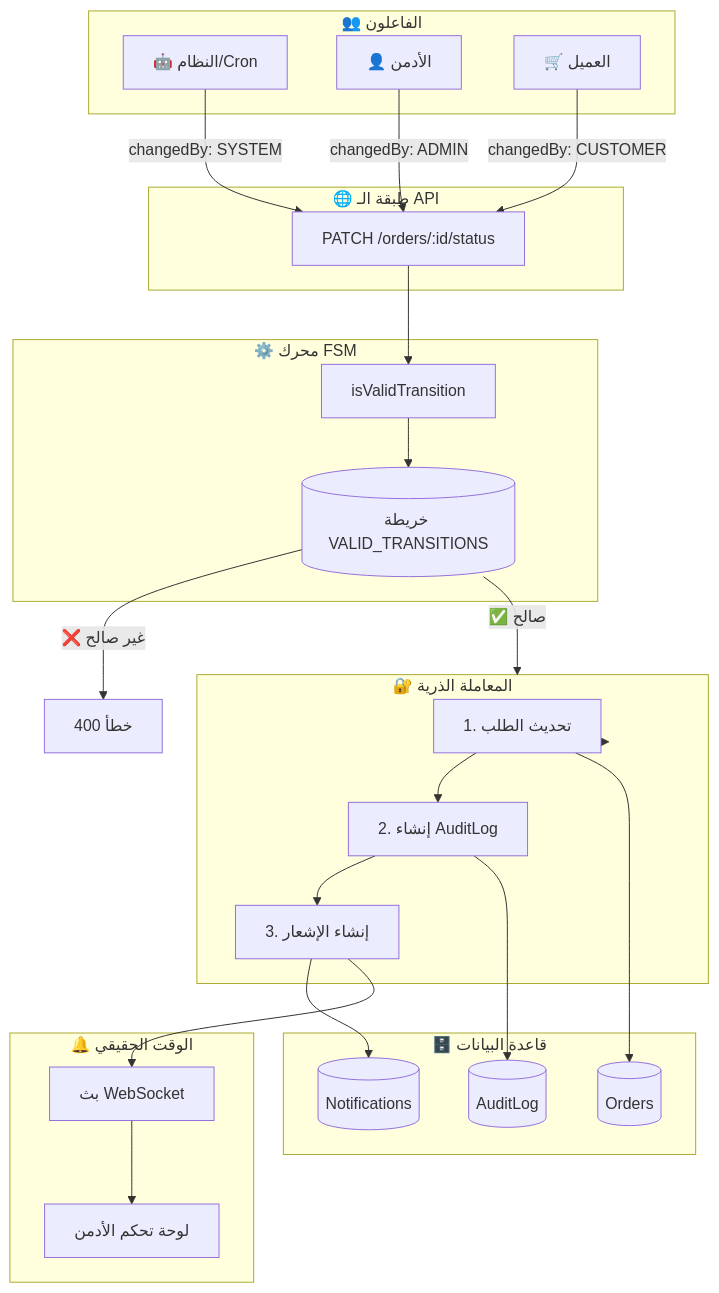
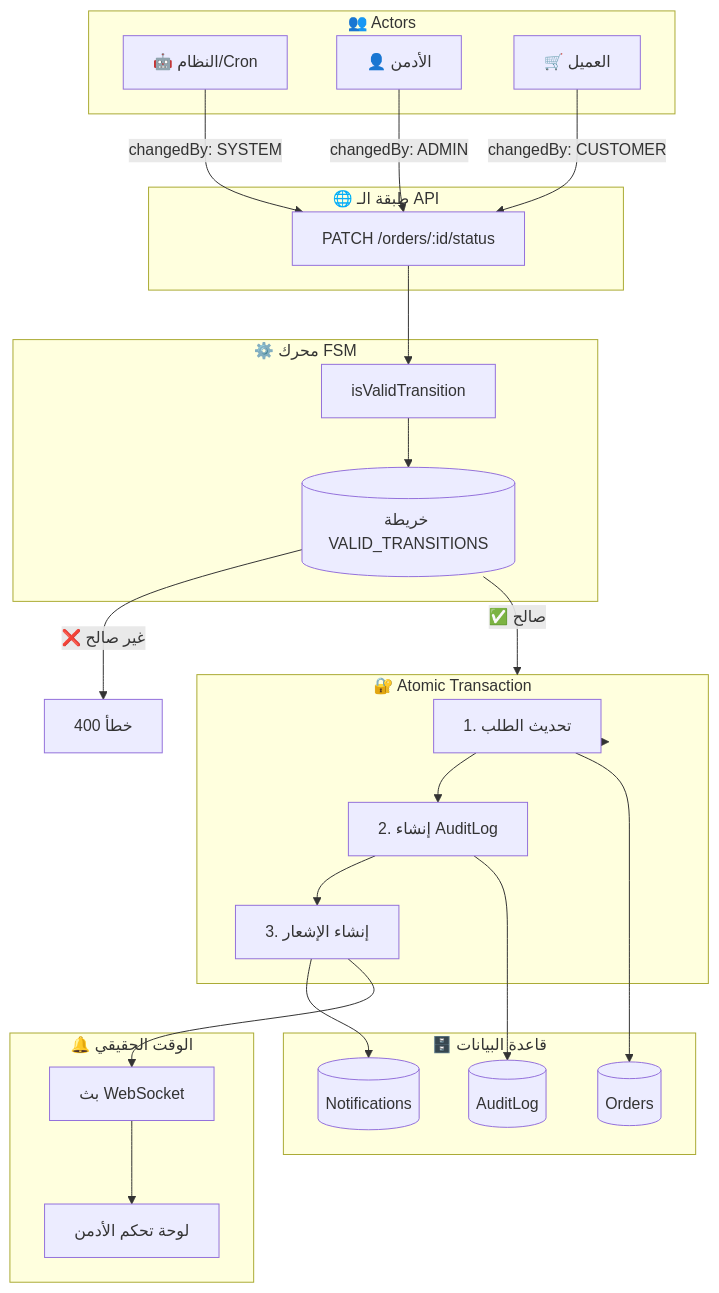
Before and after one commit to mohamedahmedessam757/marketplace-poc: the fourth of 4 diagrams in README_UPDATE_AR.md, drawn with Mermaid. The commit also changed other lines of this file, not shown here.

````diff
--- a/README_UPDATE_AR.md
+++ b/README_UPDATE_AR.md
@@ -568,50 +568,50 @@
 ```mermaid
 flowchart TB
-    subgraph Actors["👥 الفاعلون"]
+    subgraph Actors["👥 Actors"]
         SYS[🤖 النظام/Cron]
         ADMIN[👤 الأدمن]
         CUST[🛒 العميل]
     end
     
     subgraph API["🌐 طبقة الـ API"]
         ENDPOINT[PATCH /orders/:id/status]
     end
     
     subgraph FSM["⚙️ محرك FSM"]
         VALIDATE[isValidTransition]
         TRANSITIONS[(خريطة VALID_TRANSITIONS)]
     end
     
-    subgraph Transaction["🔐 المعاملة الذرية"]
+    subgraph Transaction["🔐 Atomic Transaction"]
         T1[1. تحديث الطلب]
         T2[2. إنشاء AuditLog]
         T3[3. إنشاء الإشعار]
     end
     
     subgraph Database["🗄️ قاعدة البيانات"]
         ORDERS[(Orders)]
         AUDIT[(AuditLog)]
         NOTIF[(Notifications)]
     end
     
     subgraph Realtime["🔔 الوقت الحقيقي"]
         WS[بث WebSocket]
         UI[لوحة تحكم الأدمن]
     end
     
     SYS -->|changedBy: SYSTEM| ENDPOINT
     ADMIN -->|changedBy: ADMIN| ENDPOINT
     CUST -->|changedBy: CUSTOMER| ENDPOINT
     
     ENDPOINT --> VALIDATE
     VALIDATE --> TRANSITIONS
     TRANSITIONS -->|✅ صالح| Transaction
     TRANSITIONS -->|❌ غير صالح| ERROR[خطأ 400]
     
     Transaction --> T1 --> T2 --> T3
     T1 --> ORDERS
     T2 --> AUDIT
     T3 --> NOTIF
     
     T3 --> WS --> UI
 ```
````
